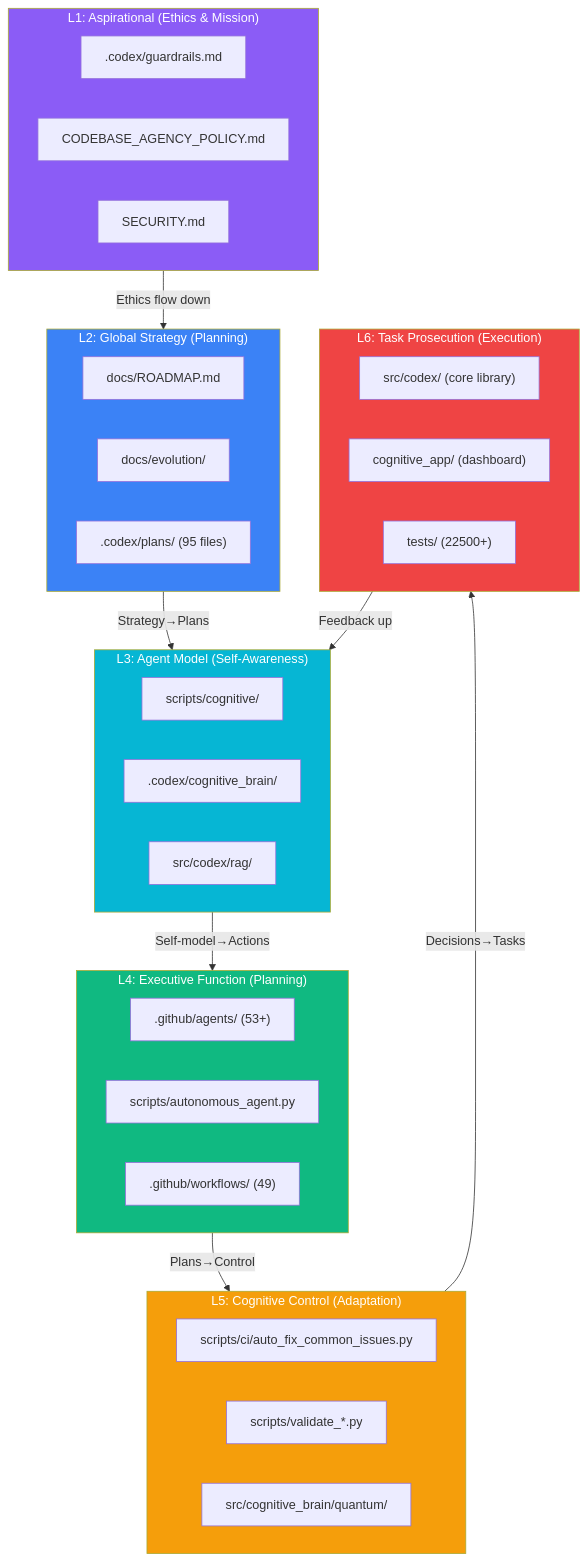
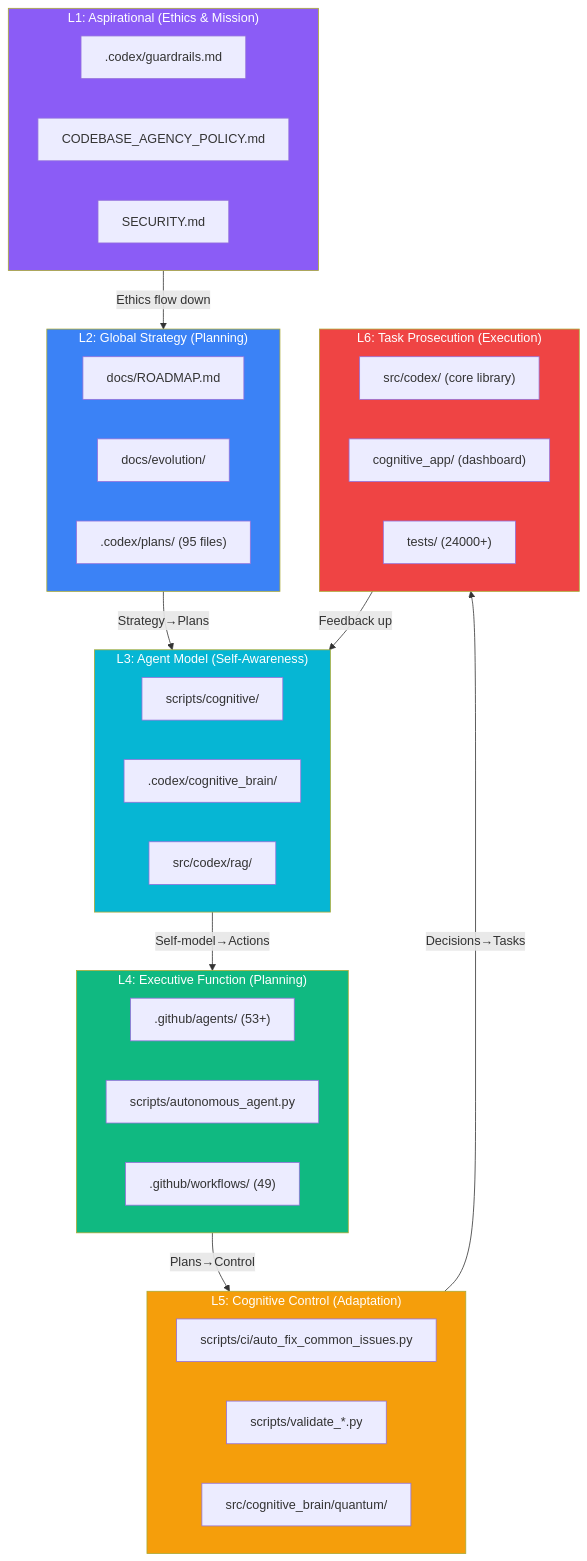
One commit to Aries-Serpent/_codex_ changed the diagram in docs/evolution/COGNITIVE_CODEBASE_MAP.md. Above: the diagram before and after it, drawn with Mermaid. The commit also changed 6 other files, not shown here.

````diff
--- a/docs/evolution/COGNITIVE_CODEBASE_MAP.md
+++ b/docs/evolution/COGNITIVE_CODEBASE_MAP.md
@@ -12,52 +12,52 @@
 ```mermaid
 graph TD
     subgraph L1["L1: Aspirational (Ethics & Mission)"]
         E1[".codex/guardrails.md"]
         E2["CODEBASE_AGENCY_POLICY.md"]
         E3["SECURITY.md"]
     end
 
     subgraph L2["L2: Global Strategy (Planning)"]
         S1["docs/ROADMAP.md"]
         S2["docs/evolution/"]
         S3[".codex/plans/ (95 files)"]
     end
 
     subgraph L3["L3: Agent Model (Self-Awareness)"]
         M1["scripts/cognitive/"]
         M2[".codex/cognitive_brain/"]
         M3["src/codex/rag/"]
     end
 
     subgraph L4["L4: Executive Function (Planning)"]
         X1[".github/agents/ (53+)"]
         X2["scripts/autonomous_agent.py"]
         X3[".github/workflows/ (49)"]
     end
 
     subgraph L5["L5: Cognitive Control (Adaptation)"]
         C1["scripts/ci/auto_fix_common_issues.py"]
         C2["scripts/validate_*.py"]
         C3["src/cognitive_brain/quantum/"]
     end
 
     subgraph L6["L6: Task Prosecution (Execution)"]
         T1["src/codex/ (core library)"]
         T2["cognitive_app/ (dashboard)"]
-        T3["tests/ (22500+)"]
+        T3["tests/ (24000+)"]
     end
 
     L1 -->|"Ethics flow down"| L2
     L2 -->|"Strategy→Plans"| L3
     L3 -->|"Self-model→Actions"| L4
     L4 -->|"Plans→Control"| L5
     L5 -->|"Decisions→Tasks"| L6
     L6 -->|"Feedback up"| L3
 
     style L1 fill:#8b5cf6,color:#fff
     style L2 fill:#3b82f6,color:#fff
     style L3 fill:#06b6d4,color:#fff
     style L4 fill:#10b981,color:#fff
     style L5 fill:#f59e0b,color:#fff
     style L6 fill:#ef4444,color:#fff
 ```
````
